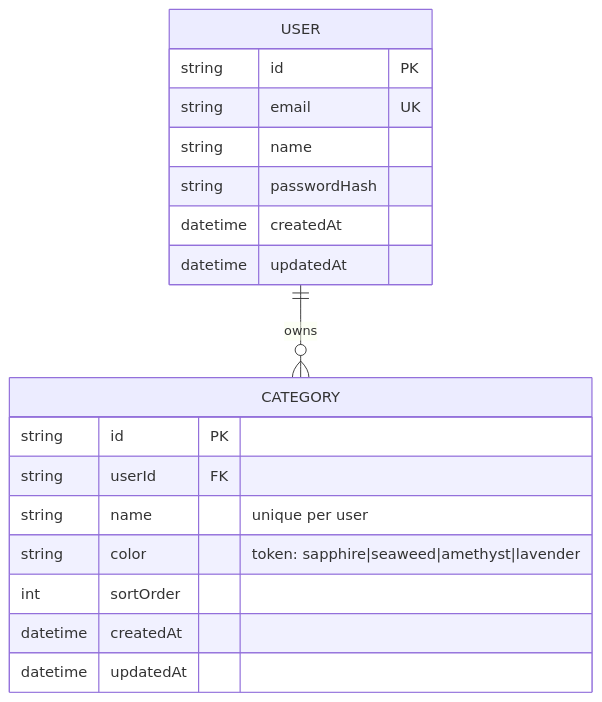
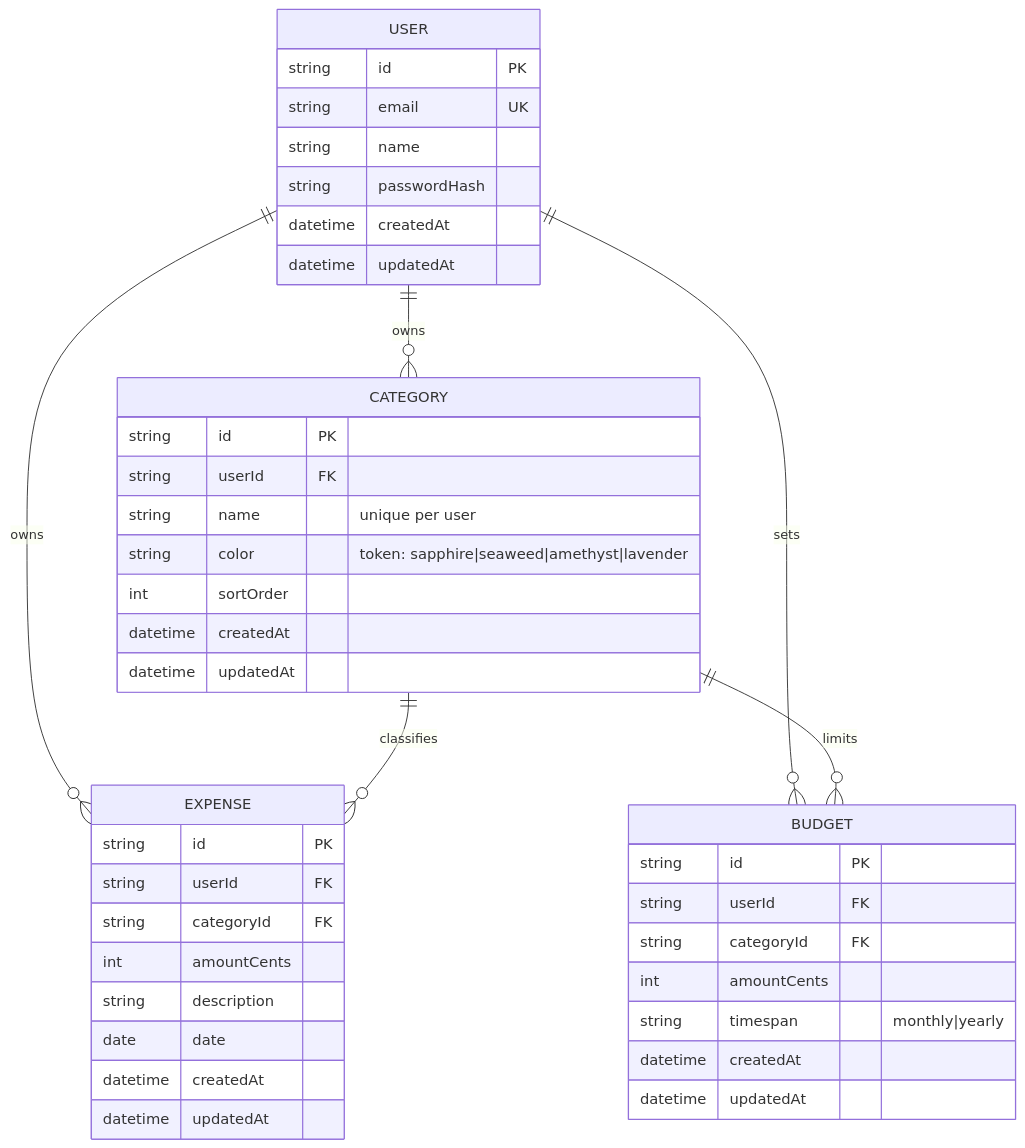
One commit to ayfor/billd changed the diagram in docs/architecture/erd.md. Above: the diagram before and after it, drawn with Mermaid. The commit also changed 10 other files, not shown here.

````diff
--- a/docs/architecture/erd.md
+++ b/docs/architecture/erd.md
@@ -5,23 +5,46 @@
 ```mermaid
 erDiagram
     USER ||--o{ CATEGORY : owns
+    USER ||--o{ EXPENSE : owns
+    USER ||--o{ BUDGET : sets
+    CATEGORY ||--o{ EXPENSE : classifies
+    CATEGORY ||--o{ BUDGET : limits
     USER {
         string id PK
         string email UK
         string name
         string passwordHash
         datetime createdAt
         datetime updatedAt
     }
     CATEGORY {
         string id PK
         string userId FK
         string name "unique per user"
         string color "token: sapphire|seaweed|amethyst|lavender"
         int sortOrder
         datetime createdAt
         datetime updatedAt
     }
-    %% S2.1 adds EXPENSE (FK userId, categoryId; amountCents Int)
-    %% S4.1 adds BUDGET; S6.1 adds RECURRING_TEMPLATE + POSTING_LEDGER
+    EXPENSE {
+        string id PK
+        string userId FK
+        string categoryId FK
+        int amountCents
+        string description
+        date date
+        datetime createdAt
+        datetime updatedAt
+    }
+    BUDGET {
+        string id PK
+        string userId FK
+        string categoryId FK
+        int amountCents
+        string timespan "monthly|yearly"
+        datetime createdAt
+        datetime updatedAt
+    }
+    %% unique: BUDGET(userId, categoryId, timespan)
+    %% S6.1 adds RECURRING_TEMPLATE + POSTING_LEDGER
 ```
````
